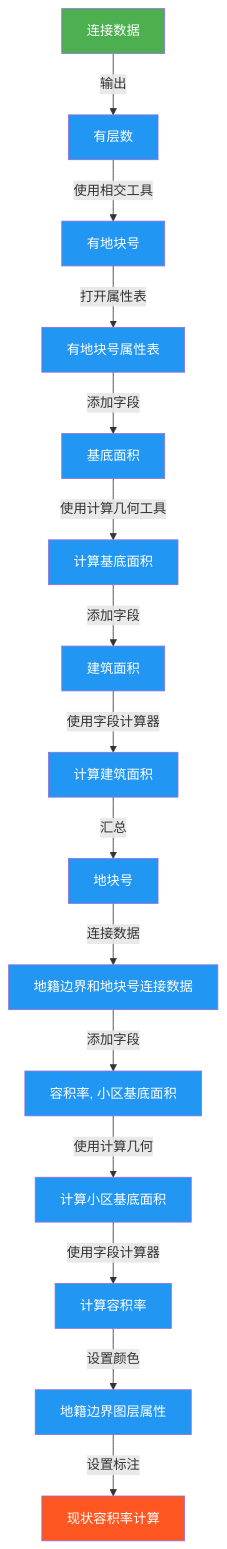
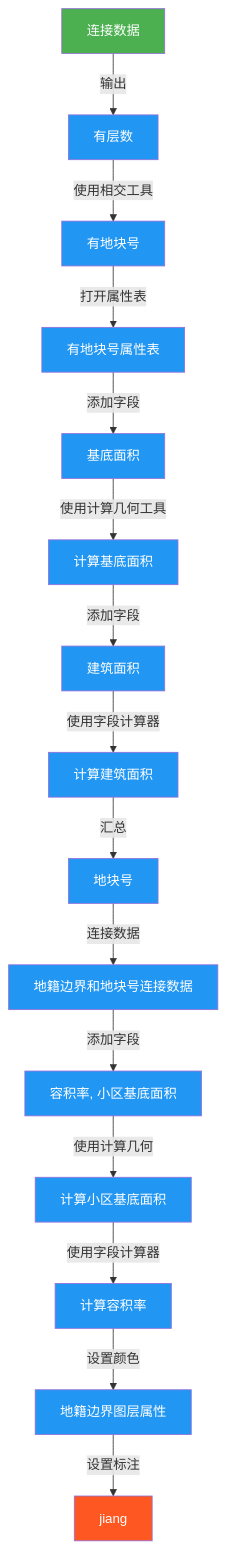
One commit to newguser/iodraw-files changed the diagram in all/未命名.md. Above: the diagram before and after it, drawn with Mermaid.

Commit message:
2025-02-27 11:33:28 update

````diff
--- a/all/未命名.md
+++ b/all/未命名.md
@@ -1,22 +1,22 @@
 ```mermaid
 graph TD
     A[连接数据] -->|输出| B[有层数]
     B -->|使用相交工具| C[有地块号]
     C -->|打开属性表| D[有地块号属性表]
     D -->|添加字段| E[基底面积]
     E -->|使用计算几何工具| F[计算基底面积]
     F -->|添加字段| G[建筑面积]
     G -->|使用字段计算器| H[计算建筑面积]
     H -->|汇总| I[地块号]
     I -->|连接数据| J[地籍边界和地块号连接数据]
     J -->|添加字段| K[容积率, 小区基底面积]
     K -->|使用计算几何| L[计算小区基底面积]
     L -->|使用字段计算器| M[计算容积率]
     M -->|设置颜色| N[地籍边界图层属性]
-    N -->|设置标注| O[现状容积率计算]
+    N -->|设置标注| O[jiang]
 
     style A fill:#4CAF50,color:white
     style O fill:#FF5722,color:white
     classDef process fill:#2196F3,color:white;
     class B,C,D,E,F,G,H,I,J,K,L,M,N process
 ```
````
